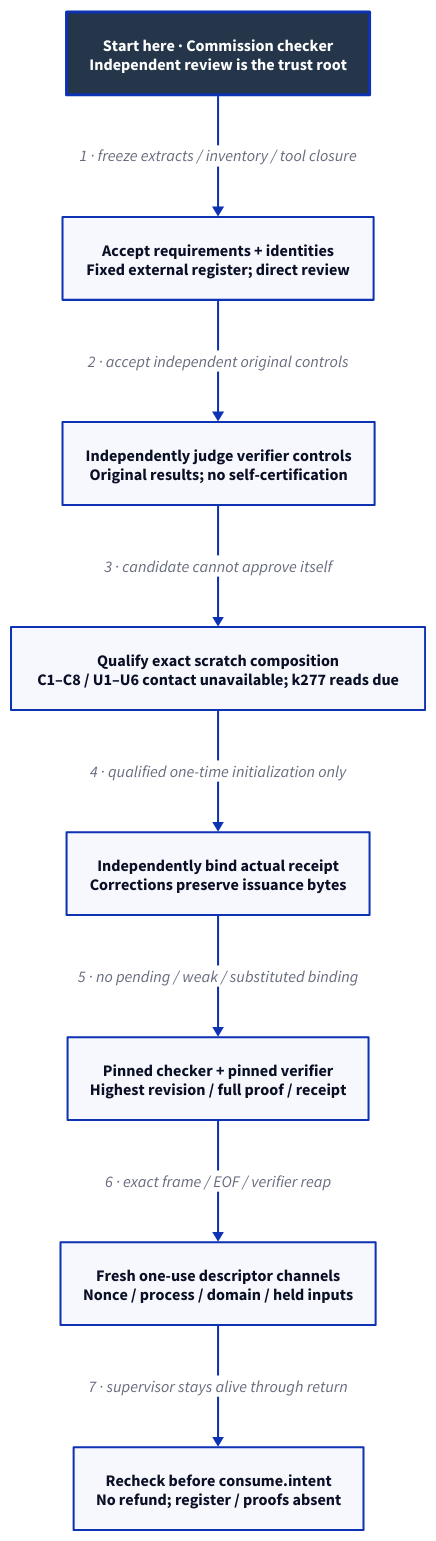
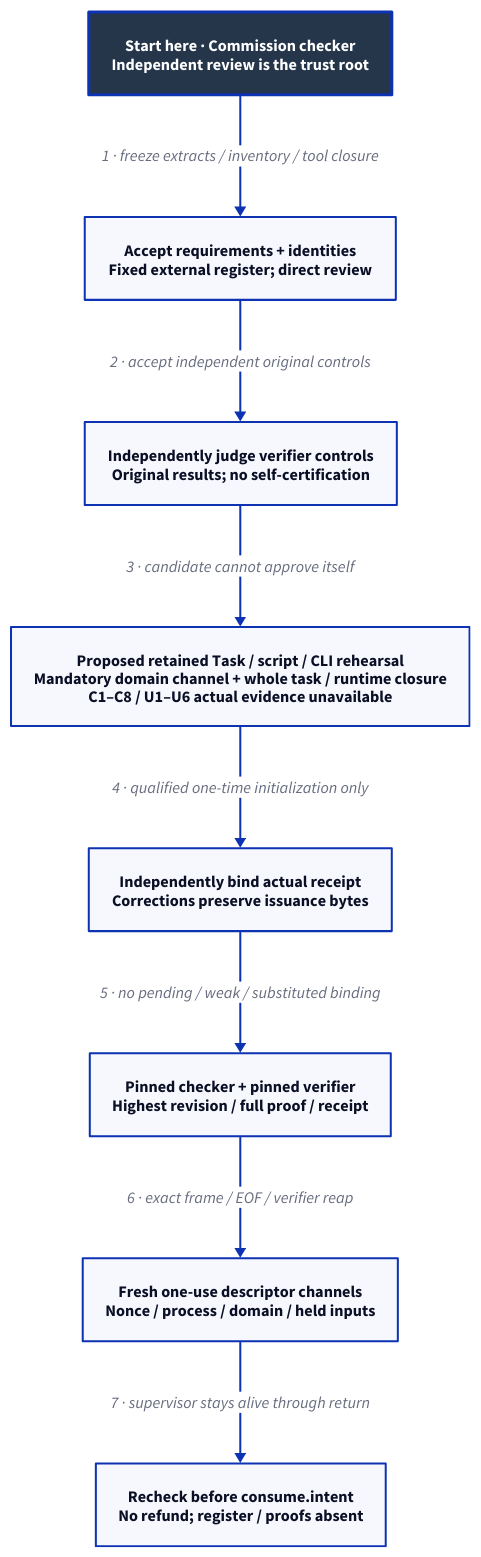
Before and after one commit to Linkuistics/Koine: the diagram in docs/design/architecture/native-reference-proof.d2, drawn with D2. The commit also changed 16 other files, not shown here.

Commit message:
Define retained packaging and runtime closure (reference-evidence-packaging-runtime-closure-k277)

```diff
--- a/docs/design/architecture/native-reference-proof.d2
+++ b/docs/design/architecture/native-reference-proof.d2
@@ -1,20 +1,20 @@
 # Proposed dependency flow; root, tools and controls remain unqualified.
 direction: down
 classes: {
   start: {style: {fill: "#25364B"; font-color: "#FFFFFF"; bold: true; stroke-width: 3}}
 }
 Start: "Start here · Commission checker\nIndependent review is the trust root" {class: start}
 Revision: "Accept requirements + identities\nFixed external register; direct review"
 Self: "Independently judge verifier controls\nOriginal results; no self-certification"
-Qualification: "Qualify exact scratch composition\nC1–C8 / U1–U6 contact unavailable; k277 reads due"
+Qualification: "Proposed retained Task / script / CLI rehearsal\nMandatory domain channel + whole task / runtime closure\nC1–C8 / U1–U6 actual evidence unavailable"
 Receipt: "Independently bind actual receipt\nCorrections preserve issuance bytes"
 Checker: "Pinned checker + pinned verifier\nHighest revision / full proof / receipt"
 Channel: "Fresh one-use descriptor channels\nNonce / process / domain / held inputs"
 Boundary: "Recheck before consume.intent\nNo refund; register / proofs absent"
 Start -> Revision: "1 · freeze extracts / inventory / tool closure"
 Revision -> Self: "2 · accept independent original controls"
 Self -> Qualification: "3 · candidate cannot approve itself"
 Qualification -> Receipt: "4 · qualified one-time initialization only"
 Receipt -> Checker: "5 · no pending / weak / substituted binding"
 Checker -> Channel: "6 · exact frame / EOF / verifier reap"
 Channel -> Boundary: "7 · supervisor stays alive through return"
```
